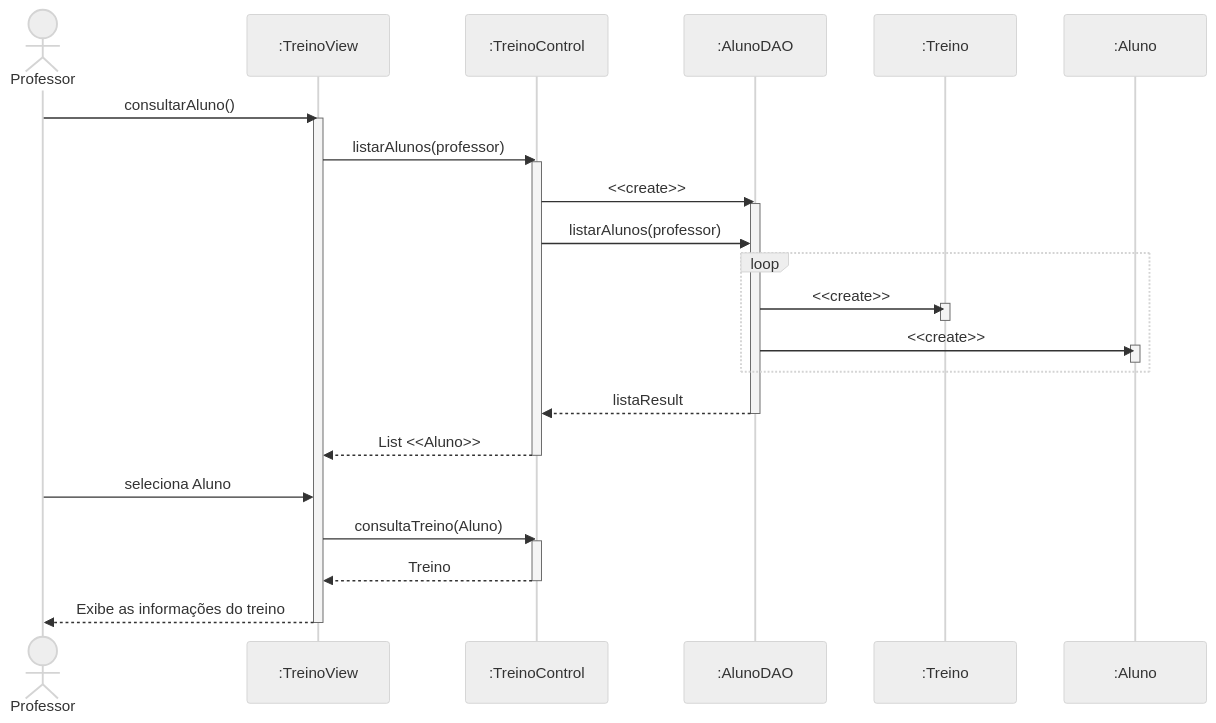
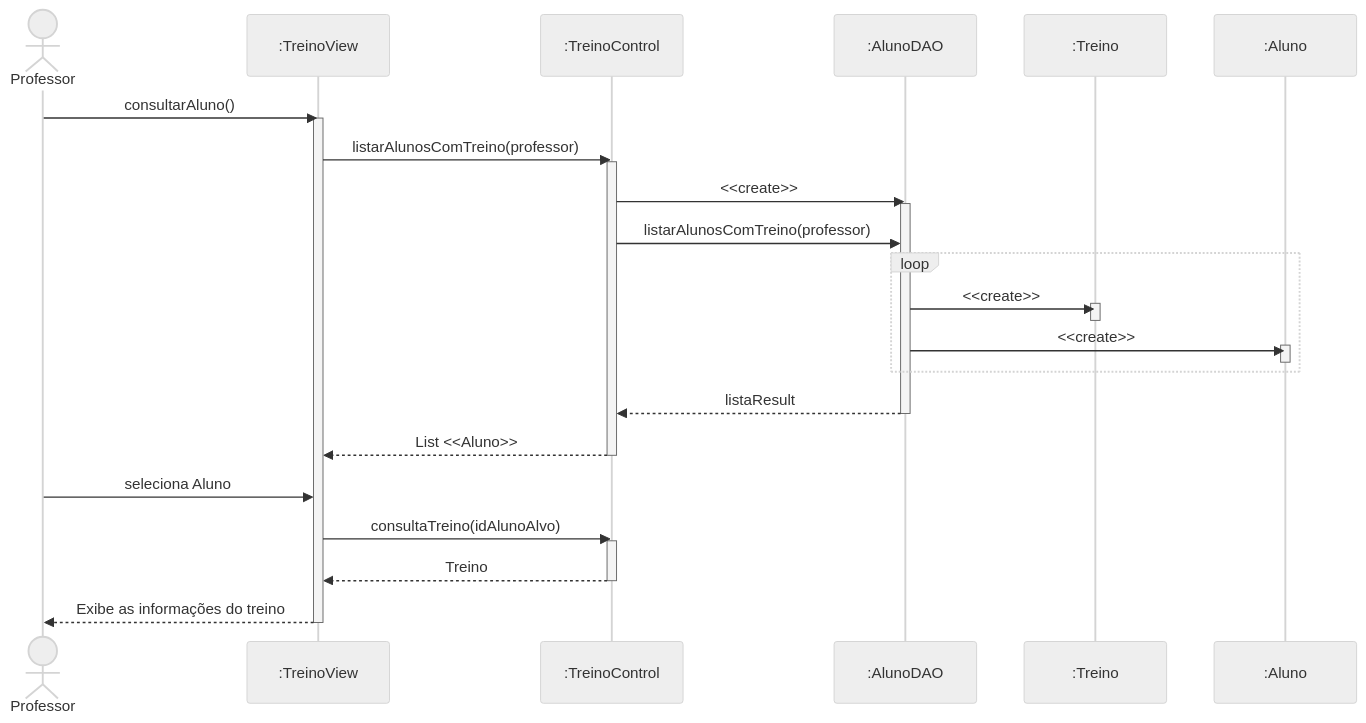
The diagram in Diagramas/DiagramadeSequencia/ProfessorConsultaTreinoAluno.mmd (binexe1113/OOP---Final), drawn with Mermaid (neutral theme) before and after one commit.

Commit message:
Update sequence diagram for student training consultation

```diff
--- a/Diagramas/DiagramadeSequencia/ProfessorConsultaTreinoAluno.mmd
+++ b/Diagramas/DiagramadeSequencia/ProfessorConsultaTreinoAluno.mmd
@@ -1,42 +1,42 @@
 sequenceDiagram
     actor P as Professor
     participant TV as :TreinoView
     participant TC as :TreinoControl
     participant AD as :AlunoDAO
     participant T as :Treino
     participant A as :Aluno
 
     P->>TV: consultarAluno()
     activate TV
 
-    TV->>TC: listarAlunos(professor)
+    TV->>TC: listarAlunosComTreino(professor)
     activate TC
 
     TC->>AD: <<create>>
     activate AD
-    TC->>AD: listarAlunos(professor)
+    TC->>AD: listarAlunosComTreino(professor)
 
     loop
         AD->>T: <<create>>
         activate T
         deactivate T
         AD->>A: <<create>>
         activate A
         deactivate A
     end
 
     AD-->>TC: listaResult
     deactivate AD
 
     TC-->>TV: List <<Aluno>>
     deactivate TC
 
     P->>TV: seleciona Aluno
     
-    TV->>TC: consultaTreino(Aluno)
+    TV->>TC: consultaTreino(idAlunoAlvo)
     activate TC
     TC-->>TV: Treino
     deactivate TC
 
     TV-->>P: Exibe as informações do treino
     deactivate TV
```
